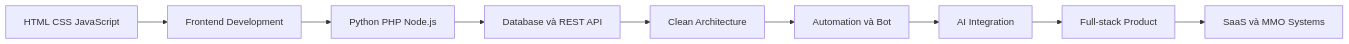
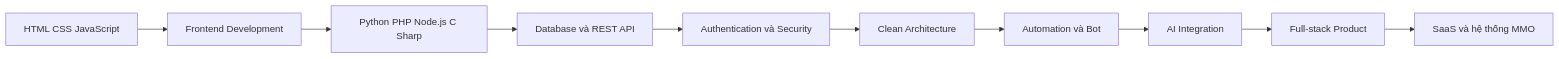
The third of 3 diagrams in README.md (minhquan247/minhquan247), drawn with Mermaid before and after one commit. The commit also changed other lines of this file, not shown here.

````diff
--- a/README.md
+++ b/README.md
@@ -882,11 +959,12 @@
 ```mermaid
 flowchart LR
     A[HTML CSS JavaScript] --> B[Frontend Development]
-    B --> C[Python PHP Node.js]
+    B --> C[Python PHP Node.js C Sharp]
     C --> D[Database và REST API]
-    D --> E[Clean Architecture]
-    E --> F[Automation và Bot]
-    F --> G[AI Integration]
-    G --> H[Full-stack Product]
-    H --> I[SaaS và MMO Systems]
+    D --> E[Authentication và Security]
+    E --> F[Clean Architecture]
+    F --> G[Automation và Bot]
+    G --> H[AI Integration]
+    H --> I[Full-stack Product]
+    I --> J[SaaS và hệ thống MMO]
 ```
````
